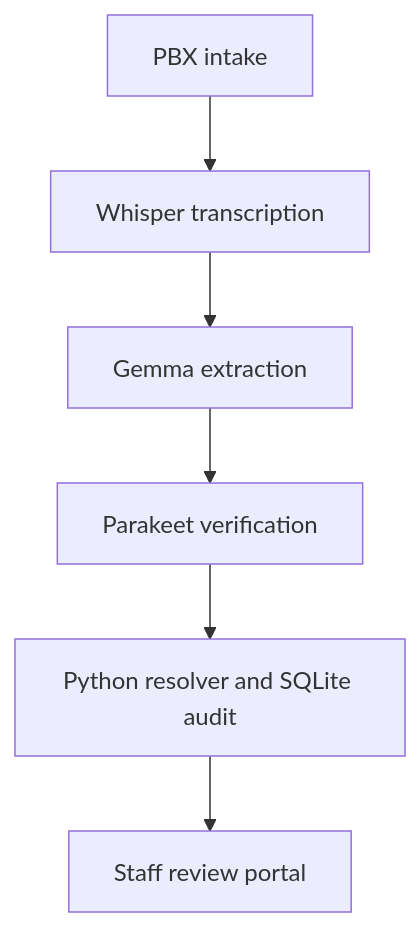
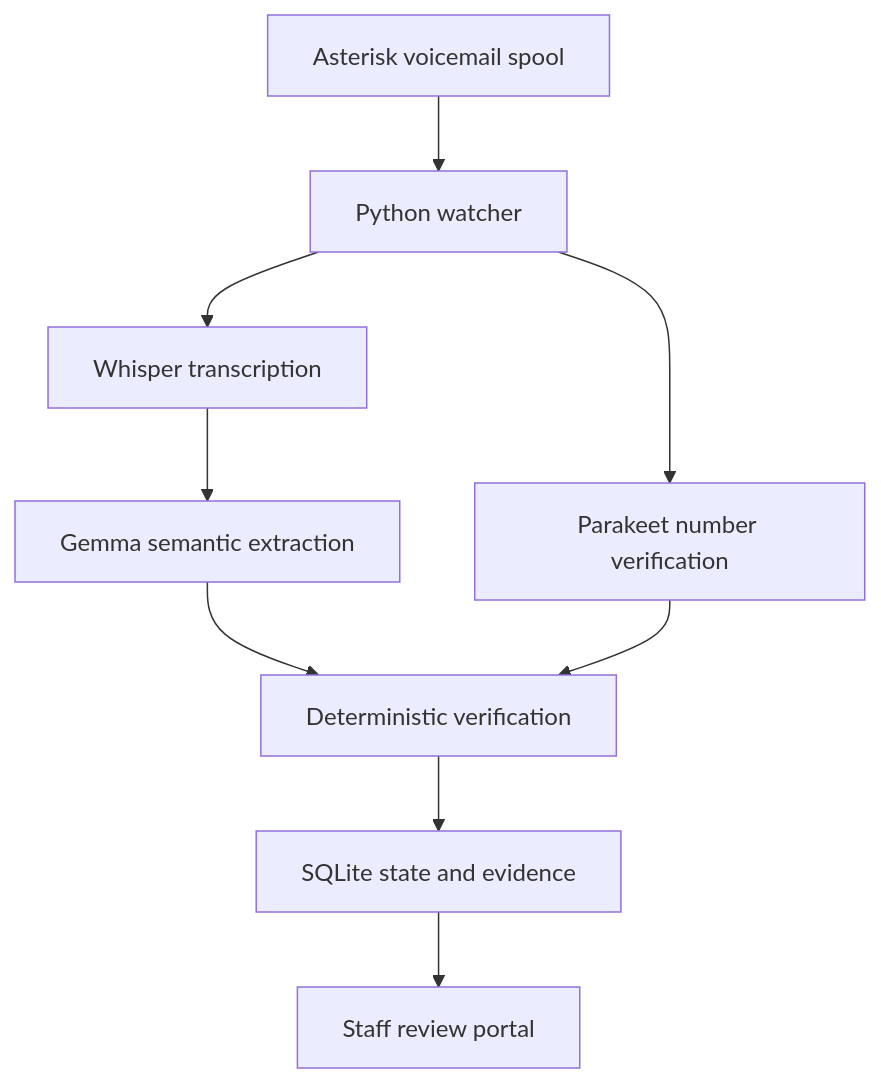
One commit to purplesquirrel01/local-voicemail-ai changed the diagram in README.md. Above: the diagram before and after it, drawn with Mermaid. The commit also changed other lines of this file and 119 other files, not shown here.

````diff
--- a/README.md
+++ b/README.md
@@ -47,8 +28,11 @@
 ```mermaid
-graph TD;
-    A[PBX intake] --> B[Whisper transcription];
-    B --> C[Gemma extraction];
-    C --> D[Parakeet verification];
-    D --> E[Python resolver and SQLite audit];
-    E --> F[Staff review portal];
+flowchart TD
+    PBX[Asterisk voicemail spool] --> Watcher[Python watcher]
+    Watcher --> Whisper[Whisper transcription]
+    Whisper --> Gemma[Gemma semantic extraction]
+    Watcher --> Parakeet[Parakeet number verification]
+    Gemma --> Verify[Deterministic verification]
+    Parakeet --> Verify
+    Verify --> State[SQLite state and evidence]
+    State --> Portal[Staff review portal]
 ```
````
